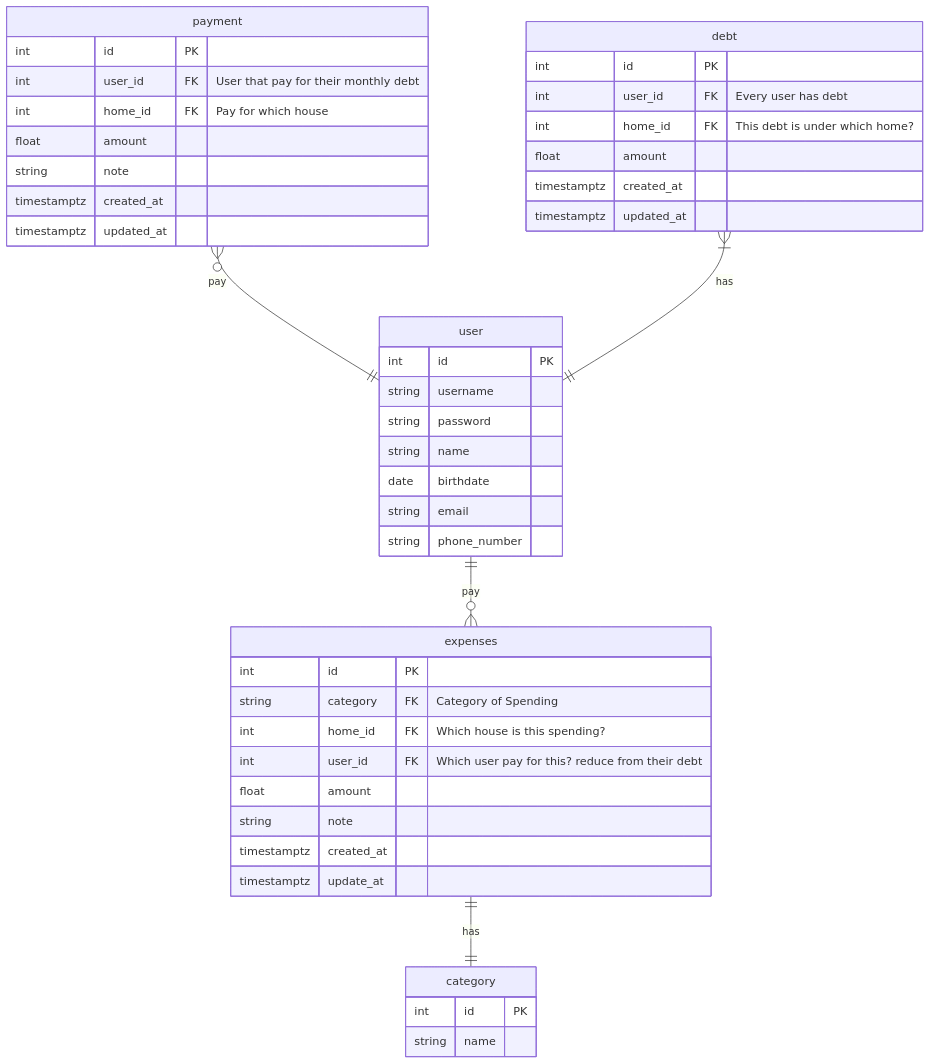
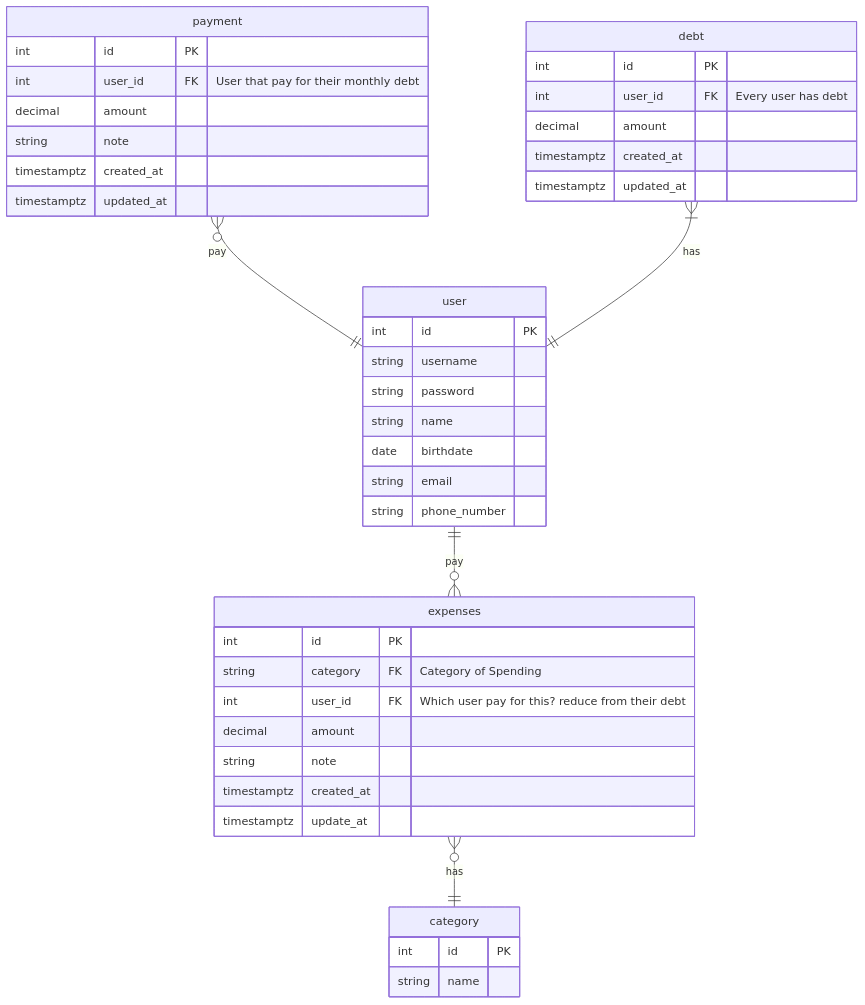
One commit to Skyquek/Trip-Bill-Management-System changed the diagram in mini-project/Readme.md. Above: the diagram before and after it, drawn with Mermaid.

Commit message:
Fix decimal and relation of expenses

````diff
--- a/mini-project/Readme.md
+++ b/mini-project/Readme.md
@@ -60,56 +60,49 @@
 ```mermaid
 erDiagram
     user ||--o{ expenses : pay
     user {
         int id PK
         string username
         string password
         string name
         date birthdate
         string email
         string phone_number
     }
 
-    expenses ||--|| category: "has"
+    expenses }o--|| category: "has"
     expenses {
         int id PK
         string category FK "Category of Spending"
-        int home_id FK "Which house is this spending?"
         int user_id FK "Which user pay for this? reduce from their debt"
-        float amount
+        decimal amount
         string note
         timestamptz created_at
         timestamptz update_at
     }
 
     category {
         int id PK
         string name
     }
 
     payment o{--|| user: pay
     payment {
         int id PK
         int user_id FK "User that pay for their monthly debt"
-        int home_id FK "Pay for which house"
-        float amount
+        decimal amount
         string note
         timestamptz created_at
         timestamptz updated_at
     }
 
     debt |{--|| user : "has"
     debt {
         int id PK
         int user_id FK "Every user has debt"
-        int home_id FK "This debt is under which home?"
-        float amount
+        decimal amount
         timestamptz created_at
         timestamptz updated_at
     }
 
-    
-
-
-
 ```
````
